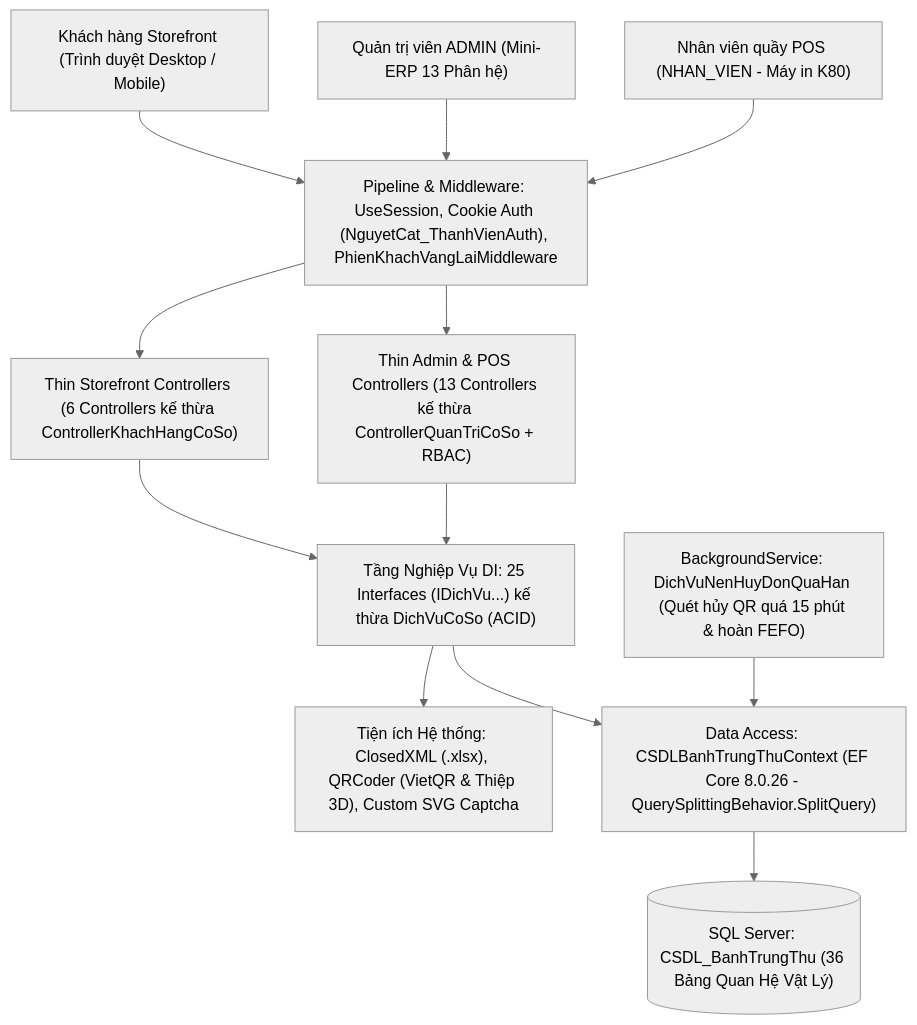
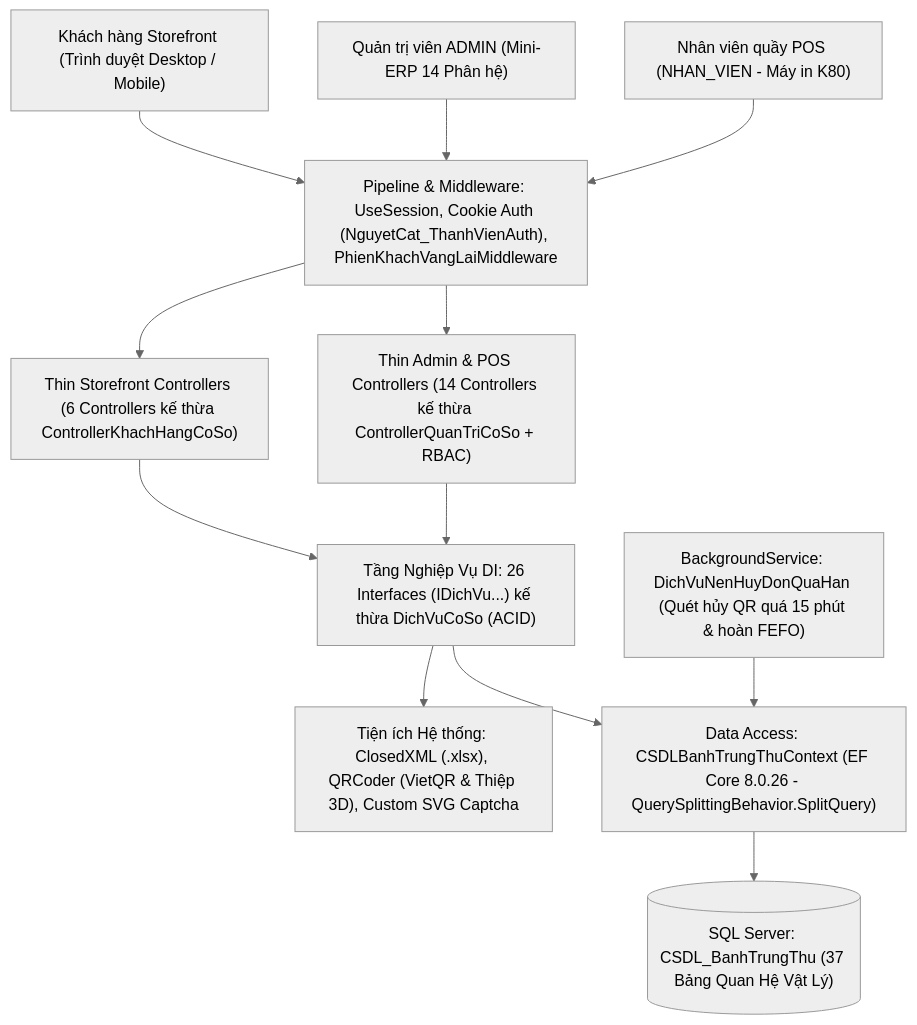
The first of 2 diagrams in README.md (vitlearningcode/DoAn_WebBanhTrungThu), drawn with Mermaid (neutral theme) before and after one commit. The commit also changed other lines of this file and 49 other files, not shown here.

````diff
--- a/README.md
+++ b/README.md
@@ -66,30 +66,30 @@
 ```mermaid
 flowchart TD
     C1["Khách hàng Storefront (Trình duyệt Desktop / Mobile)"]
-    C2["Quản trị viên ADMIN (Mini-ERP 13 Phân hệ)"]
+    C2["Quản trị viên ADMIN (Mini-ERP 14 Phân hệ)"]
     C3["Nhân viên quầy POS (NHAN_VIEN - Máy in K80)"]
 
     MW["Pipeline & Middleware: UseSession, Cookie Auth (NguyetCat_ThanhVienAuth), PhienKhachVangLaiMiddleware"]
 
     CT1["Thin Storefront Controllers (6 Controllers kế thừa ControllerKhachHangCoSo)"]
-    CT2["Thin Admin & POS Controllers (13 Controllers kế thừa ControllerQuanTriCoSo + RBAC)"]
+    CT2["Thin Admin & POS Controllers (14 Controllers kế thừa ControllerQuanTriCoSo + RBAC)"]
 
-    DI["Tầng Nghiệp Vụ DI: 25 Interfaces (IDichVu...) kế thừa DichVuCoSo (ACID)"]
+    DI["Tầng Nghiệp Vụ DI: 26 Interfaces (IDichVu...) kế thừa DichVuCoSo (ACID)"]
     BG["BackgroundService: DichVuNenHuyDonQuaHan (Quét hủy QR quá 15 phút & hoàn FEFO)"]
     UTIL["Tiện ích Hệ thống: ClosedXML (.xlsx), QRCoder (VietQR & Thiệp 3D), Custom SVG Captcha"]
 
     EF["Data Access: CSDLBanhTrungThuContext (EF Core 8.0.26 - QuerySplittingBehavior.SplitQuery)"]
-    DB[("SQL Server: CSDL_BanhTrungThu (36 Bảng Quan Hệ Vật Lý)")]
+    DB[("SQL Server: CSDL_BanhTrungThu (37 Bảng Quan Hệ Vật Lý)")]
 
     C1 --> MW
     C2 --> MW
     C3 --> MW
     MW --> CT1
     MW --> CT2
     CT1 --> DI
     CT2 --> DI
     DI --> UTIL
     DI --> EF
     BG --> EF
     EF --> DB
 ```
````
